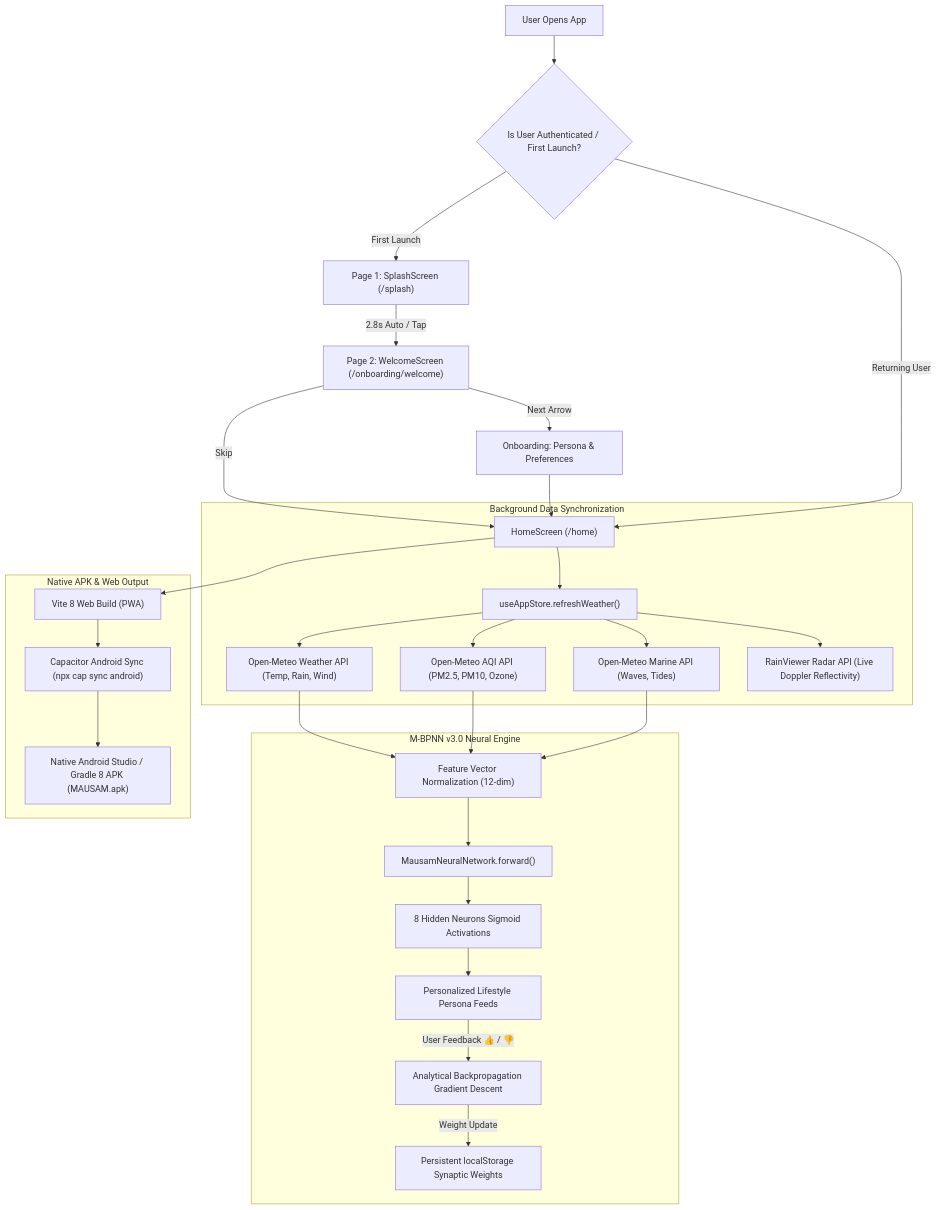
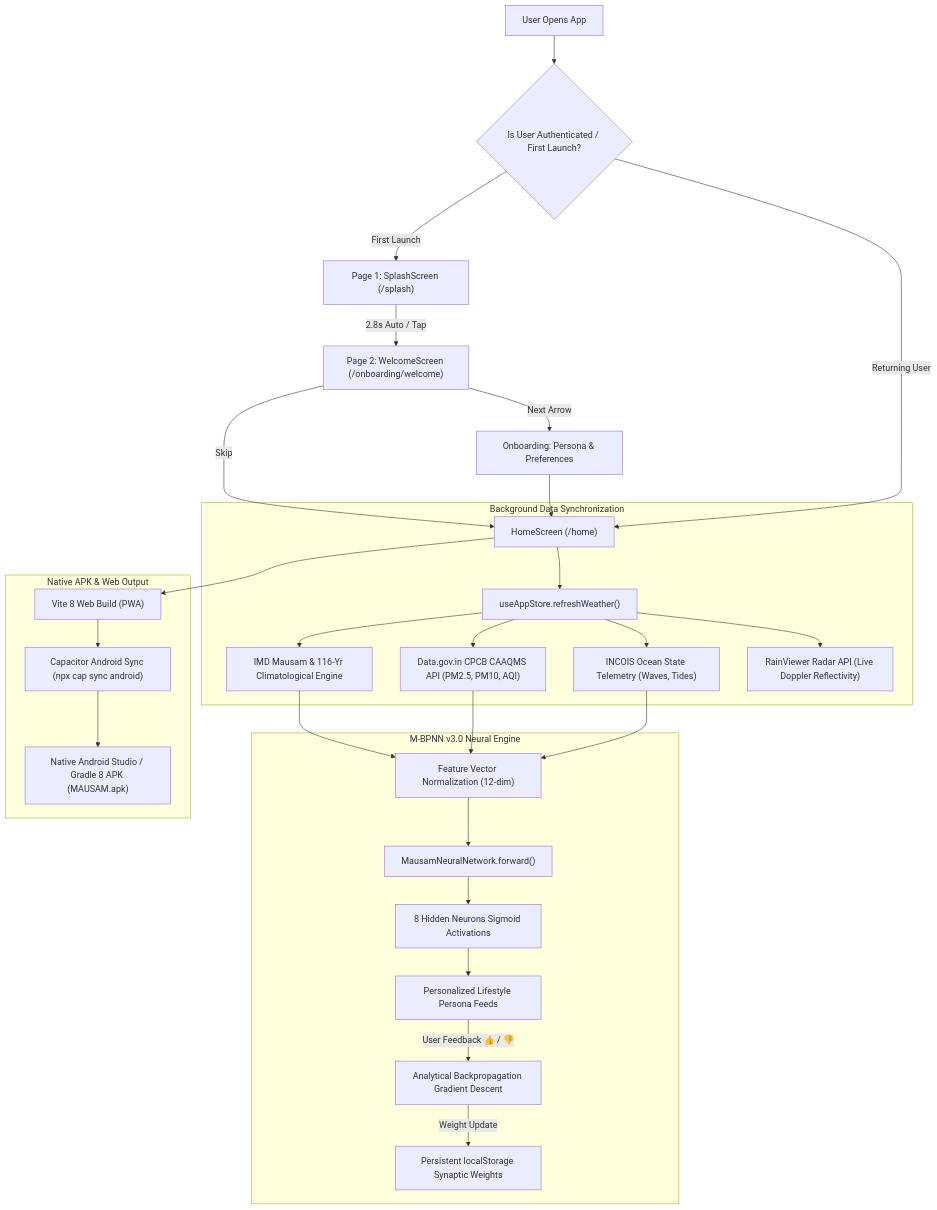
One commit to gobikrishnav/mausam-app changed the diagram in docs/PROJECT_ARCHITECTURE_AND_API_GUIDE.md. Above: the diagram before and after it, drawn with Mermaid. The commit also changed other lines of this file and 4 other files, not shown here.

Commit message:
feat: complete transition to official Indian Govt APIs (Data.gov.in and IMD) and purge third-party weather APIs

````diff
--- a/docs/PROJECT_ARCHITECTURE_AND_API_GUIDE.md
+++ b/docs/PROJECT_ARCHITECTURE_AND_API_GUIDE.md
@@ -236,34 +230,34 @@
 ```mermaid
 flowchart TD
     A["User Opens App"] --> B{"Is User Authenticated / First Launch?"}
     B -->|First Launch| C["Page 1: SplashScreen (/splash)"]
     C -->|2.8s Auto / Tap| D["Page 2: WelcomeScreen (/onboarding/welcome)"]
     D -->|Skip| E["HomeScreen (/home)"]
     D -->|Next Arrow| F["Onboarding: Persona & Preferences"]
     F --> E
 
     B -->|Returning User| E
 
     subgraph Core_Services ["Background Data Synchronization"]
         E --> G["useAppStore.refreshWeather()"]
-        G --> H["Open-Meteo Weather API (Temp, Rain, Wind)"]
-        G --> I["Open-Meteo AQI API (PM2.5, PM10, Ozone)"]
-        G --> J["Open-Meteo Marine API (Waves, Tides)"]
+        G --> H["IMD Mausam & 116-Yr Climatological Engine"]
+        G --> I["Data.gov.in CPCB CAAQMS API (PM2.5, PM10, AQI)"]
+        G --> J["INCOIS Ocean State Telemetry (Waves, Tides)"]
         G --> K["RainViewer Radar API (Live Doppler Reflectivity)"]
     end
 
     subgraph Machine_Learning ["M-BPNN v3.0 Neural Engine"]
         H & I & J --> L["Feature Vector Normalization (12-dim)"]
         L --> M["MausamNeuralNetwork.forward()"]
         M --> N["8 Hidden Neurons Sigmoid Activations"]
         N --> O["Personalized Lifestyle Persona Feeds"]
         O -->|User Feedback 👍 / 👎| P["Analytical Backpropagation Gradient Descent"]
         P -->|Weight Update| Q["Persistent localStorage Synaptic Weights"]
     end
 
     subgraph Native_Distribution ["Native APK & Web Output"]
         E --> R["Vite 8 Web Build (PWA)"]
         R --> S["Capacitor Android Sync (npx cap sync android)"]
         S --> T["Native Android Studio / Gradle 8 APK (MAUSAM.apk)"]
     end
 ```
````
